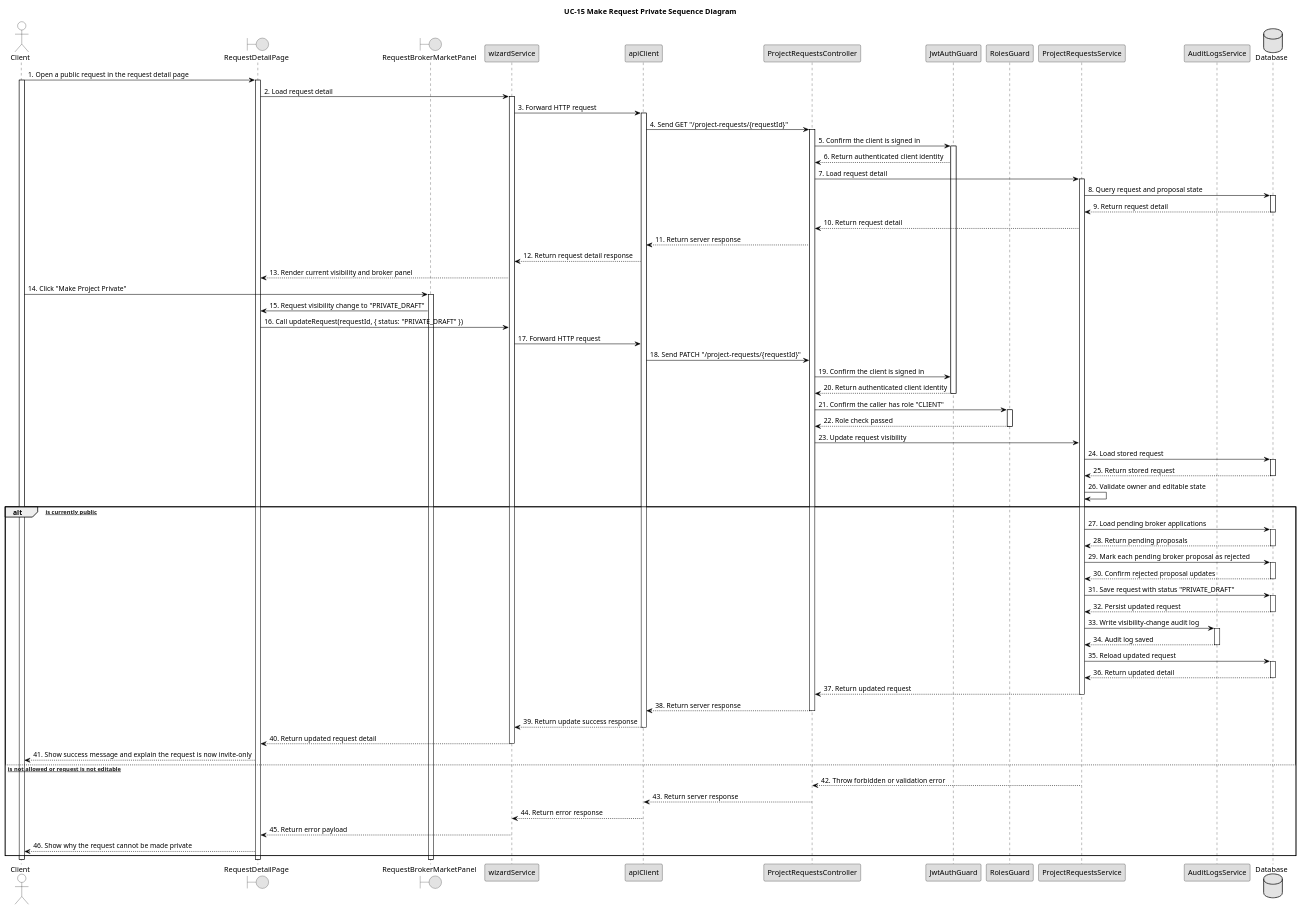
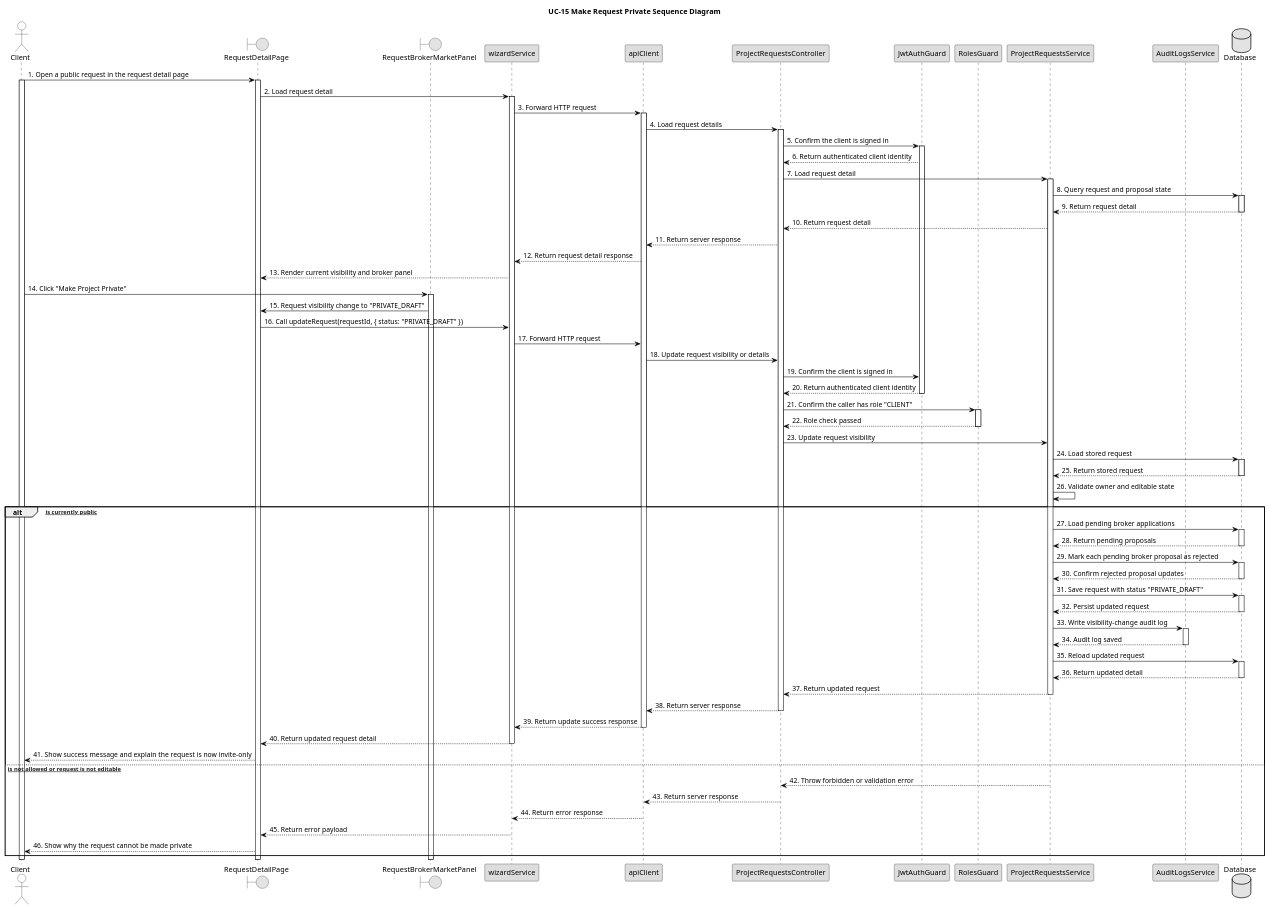
The diagram in diagram/sequence/uc15_make_request_private_sequence_diagram.puml (bangdcce/SEP492-Project), drawn with PlantUML before and after one commit. The commit also changed 130 other files, not shown here.

```diff
--- a/diagram/sequence/uc15_make_request_private_sequence_diagram.puml
+++ b/diagram/sequence/uc15_make_request_private_sequence_diagram.puml
@@ -150,7 +150,7 @@
 
 
 
-ApiClient -> Controller : 4. Send GET "/project-requests/{requestId}"
+ApiClient -> Controller : 4. Load request details
 
 
 
@@ -230,7 +230,7 @@
 
 
 
-ApiClient -> Controller : 18. Send PATCH "/project-requests/{requestId}"
+ApiClient -> Controller : 18. Update request visibility or details
 
 
 
```
